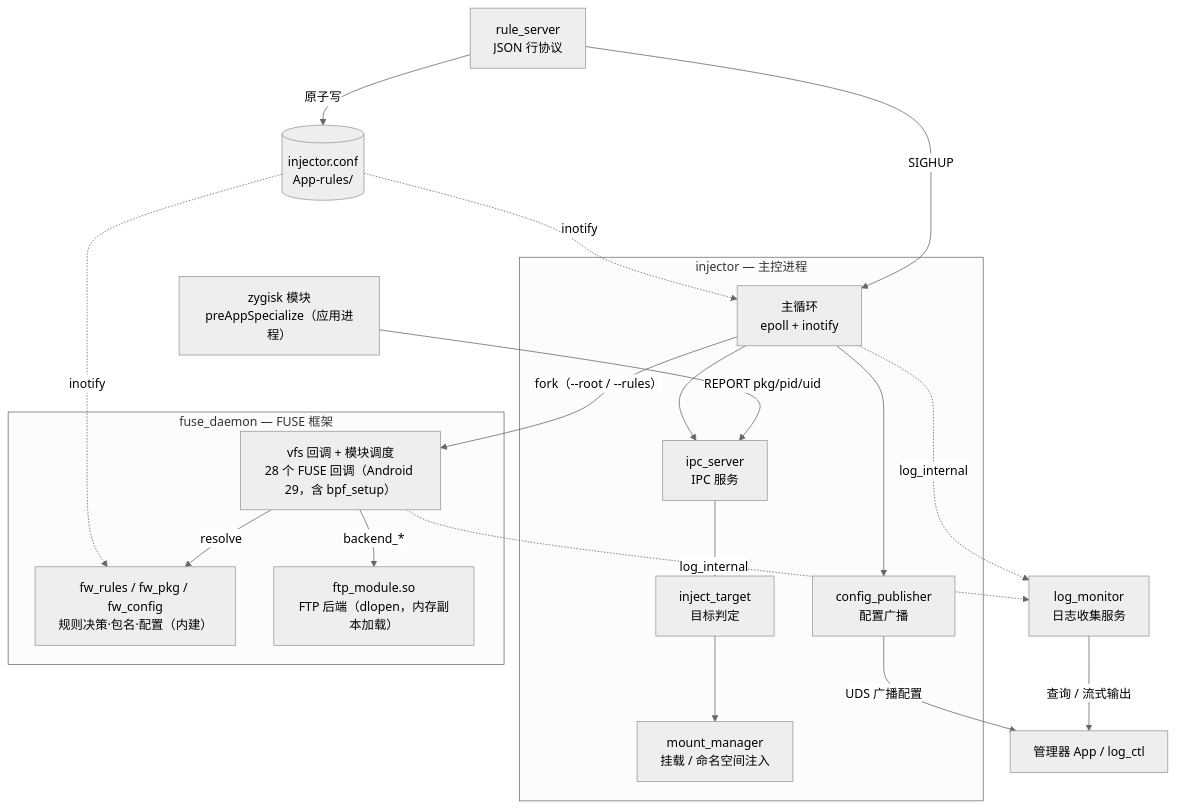
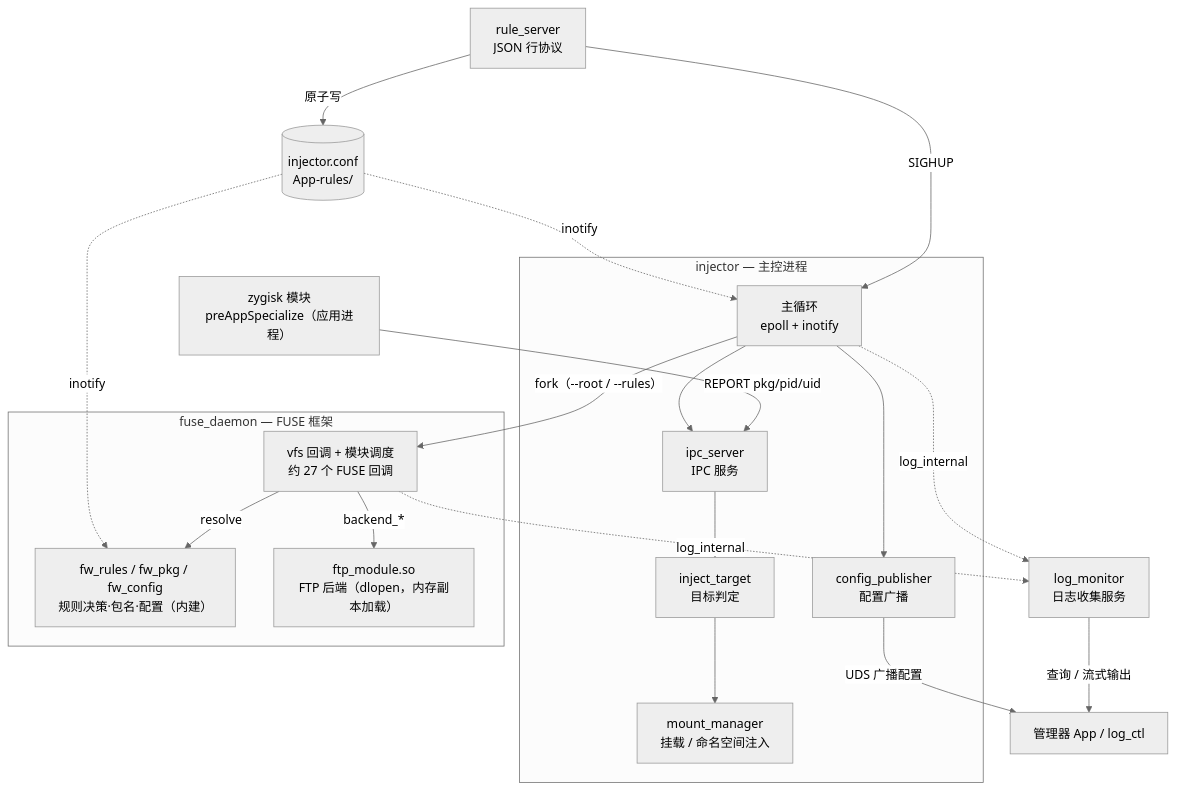
One commit to huniangitb/Fuse-Proxy changed the diagram in docs/architecture.md. Above: the diagram before and after it, drawn with Mermaid (neutral theme). The commit also changed other lines of this file and 4 other files, not shown here.

````diff
--- a/docs/architecture.md
+++ b/docs/architecture.md
@@ -18,38 +18,38 @@
 ```mermaid
 flowchart TB
     zy["zygisk 模块<br/>preAppSpecialize（应用进程）"]
     conf[("injector.conf<br/>App-rules/")]
     rs["rule_server<br/>JSON 行协议"]
     mgr["管理器 App / log_ctl"]
     lm["log_monitor<br/>日志收集服务"]
 
     subgraph inj["injector — 主控进程"]
         core["主循环<br/>epoll + inotify"]
         ipc["ipc_server<br/>IPC 服务"]
         it["inject_target<br/>目标判定"]
         mm["mount_manager<br/>挂载 / 命名空间注入"]
         cp["config_publisher<br/>配置广播"]
     end
 
     subgraph fd["fuse_daemon — FUSE 框架"]
-        vfs["vfs 回调 + 模块调度<br/>28 个 FUSE 回调（Android 29，含 bpf_setup）"]
+        vfs["vfs 回调 + 模块调度<br/>约 27 个 FUSE 回调"]
         br["fw_rules / fw_pkg / fw_config<br/>规则决策·包名·配置（内建）"]
         ftp["ftp_module.so<br/>FTP 后端（dlopen，内存副本加载）"]
     end
 
     zy -->|"REPORT pkg/pid/uid"| ipc
     core --> ipc
     core --> cp
     ipc --> it --> mm
     core -->|"fork（--root / --rules）"| vfs
     vfs -->|"resolve"| br
     vfs -->|"backend_*"| ftp
     rs -->|"原子写"| conf
     rs -->|"SIGHUP"| core
     conf -.->|"inotify"| core
     conf -.->|"inotify"| br
     cp -->|"UDS 广播配置"| mgr
     core -.->|"log_internal"| lm
     vfs -.->|"log_internal"| lm
     lm -->|"查询 / 流式输出"| mgr
 ```
````
